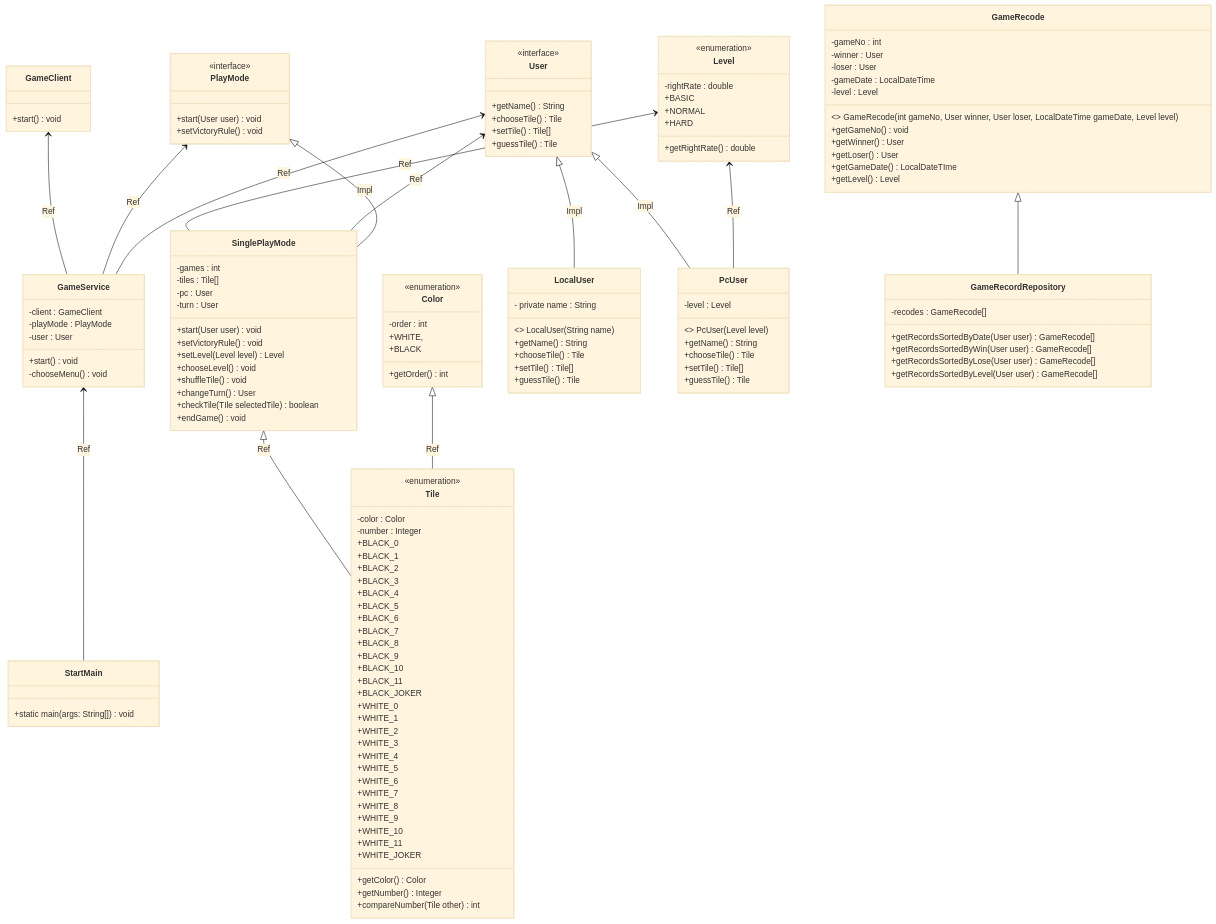
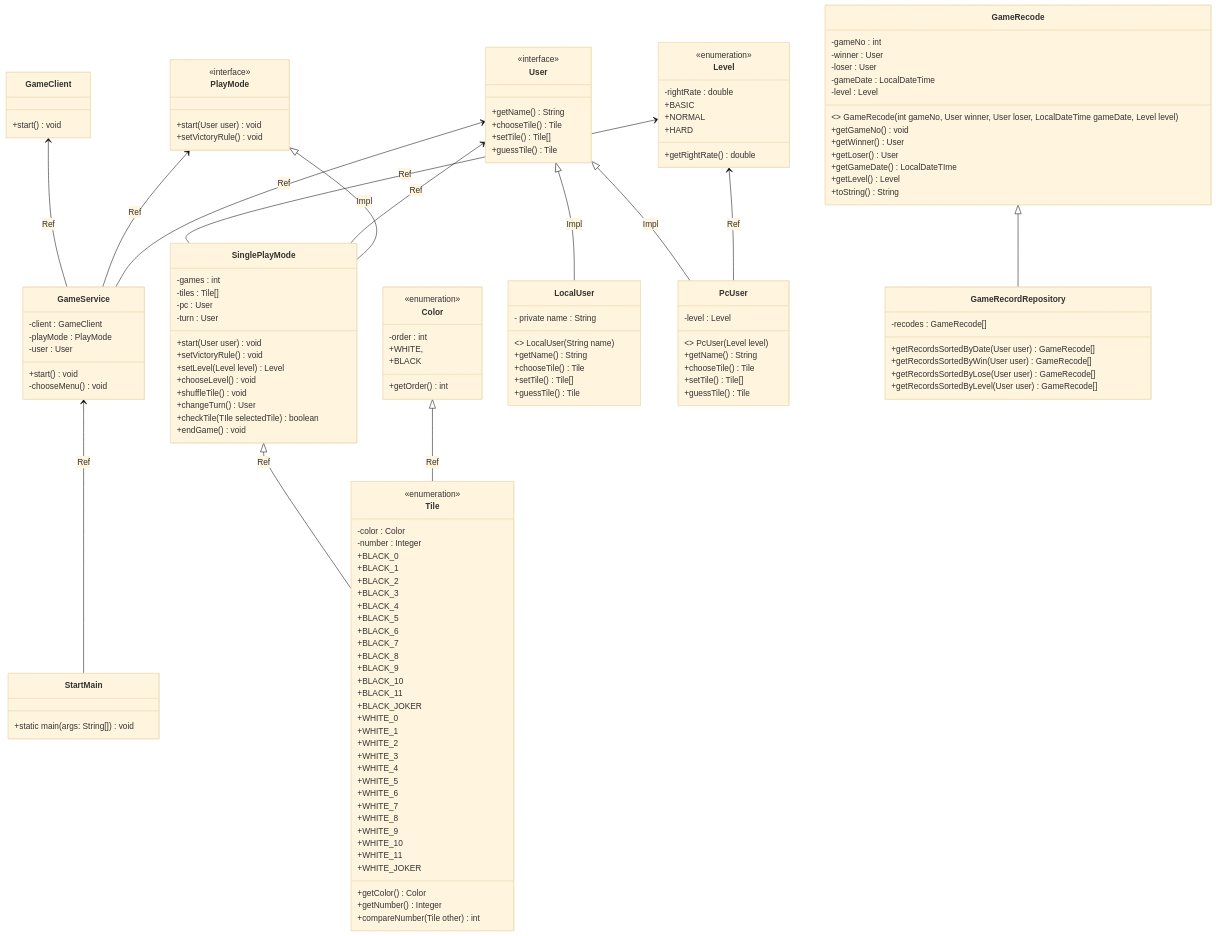
One commit to cheoljundev/console-da-vinci-code-the-game changed the diagram in readme.md. Above: the diagram before and after it, drawn with Mermaid (base theme).

Commit message:
클래스 다이어그램 작성중 : 기록 조회 클래스 작성완료

```diff
--- a/readme.md
+++ b/readme.md
@@ -145,6 +145,7 @@
         +getLoser() User
         +getGameDate() LocalDateTIme
         +getLevel() Level
+        +toString() String
     }
     
     class GameRecordRepository {
```
